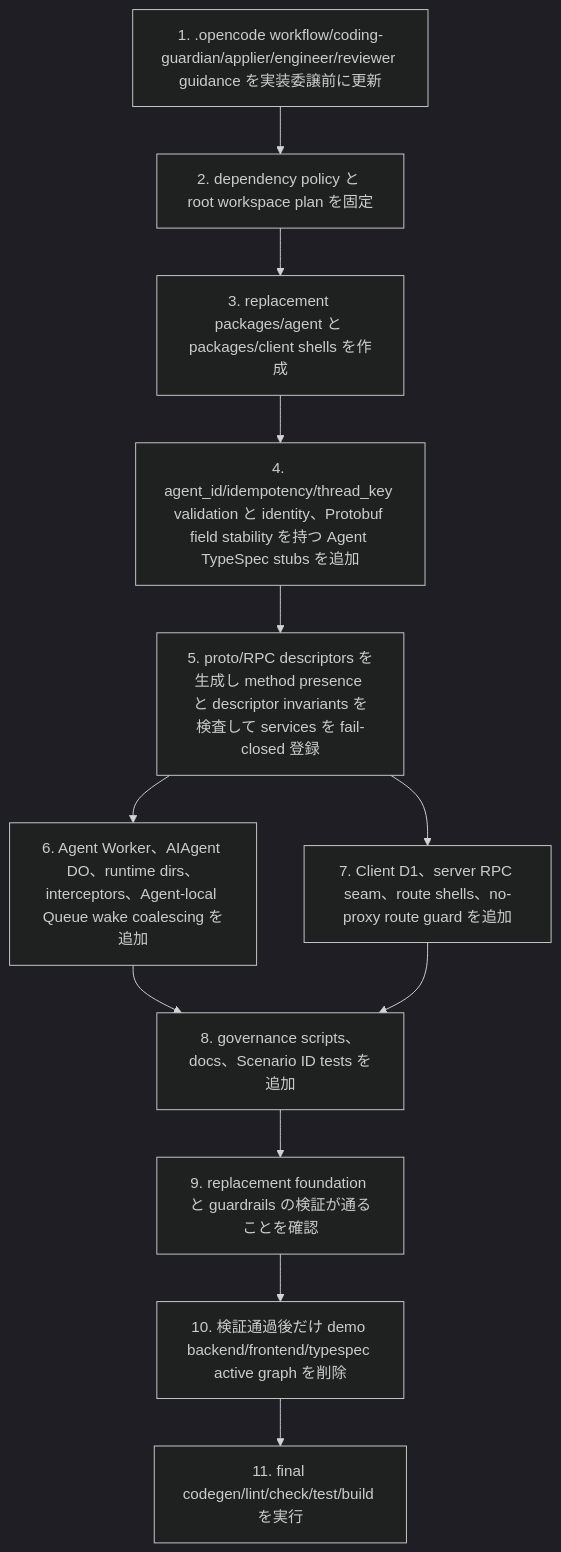
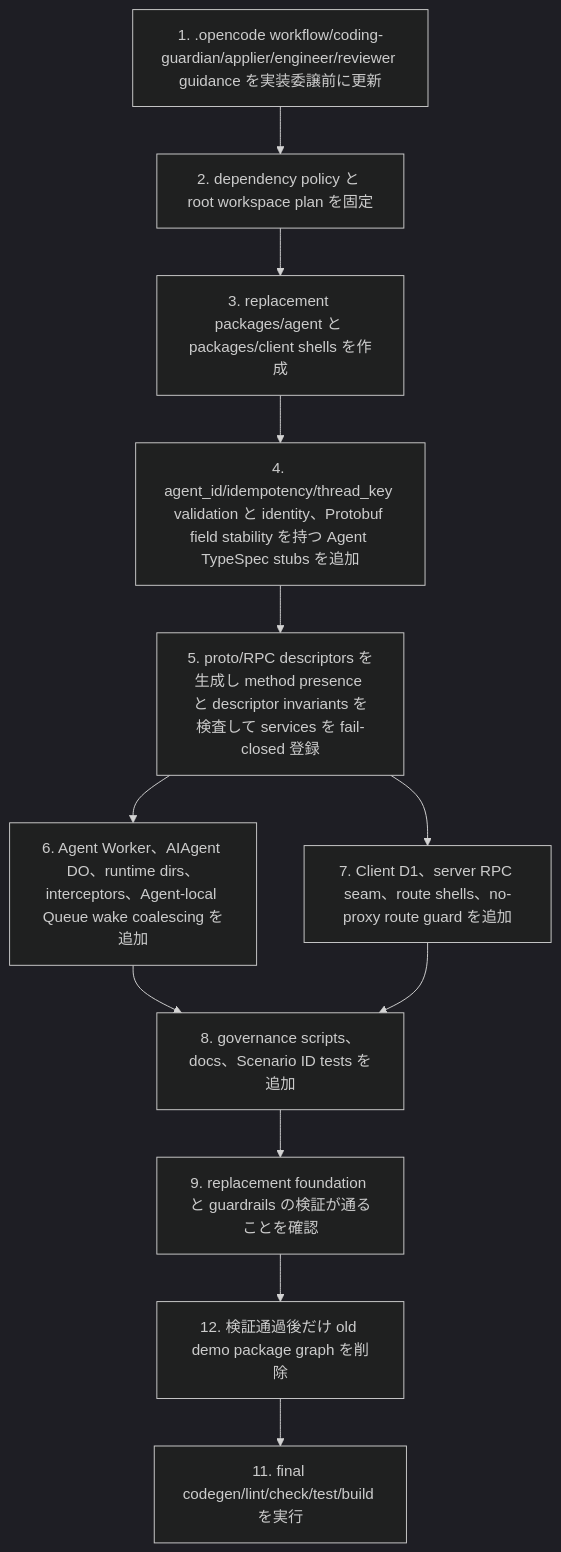
Before and after one commit to Suzlun/cf-tamac: the sixth of 6 diagrams in openspec/changes/establish-agent-service-foundation/design.md, drawn with Mermaid (dark theme). The commit also changed other lines of this file and 368 other files, not shown here.

````diff
--- a/openspec/changes/establish-agent-service-foundation/design.md
+++ b/openspec/changes/establish-agent-service-foundation/design.md
@@ -829,26 +825,26 @@
 ```mermaid
 flowchart TD
   A[1. .opencode workflow/coding-guardian/applier/engineer/reviewer guidance を実装委譲前に更新]
   B[2. dependency policy と root workspace plan を固定]
   C[3. replacement packages/agent と packages/client shells を作成]
   D[4. agent_id/idempotency/thread_key validation と identity、Protobuf field stability を持つ Agent TypeSpec stubs を追加]
   E[5. proto/RPC descriptors を生成し method presence と descriptor invariants を検査して services を fail-closed 登録]
   F[6. Agent Worker、AIAgent DO、runtime dirs、interceptors、Agent-local Queue wake coalescing を追加]
   G[7. Client D1、server RPC seam、route shells、no-proxy route guard を追加]
   H[8. governance scripts、docs、Scenario ID tests を追加]
   I[9. replacement foundation と guardrails の検証が通ることを確認]
-  J[10. 検証通過後だけ demo backend/frontend/typespec active graph を削除]
+  J[12. 検証通過後だけ old demo package graph を削除]
   K[11. final codegen/lint/check/test/build を実行]
 
   A --> B
   B --> C
   C --> D
   D --> E
   E --> F
   E --> G
   F --> H
   G --> H
   H --> I
   I --> J
   J --> K
 ```
````
